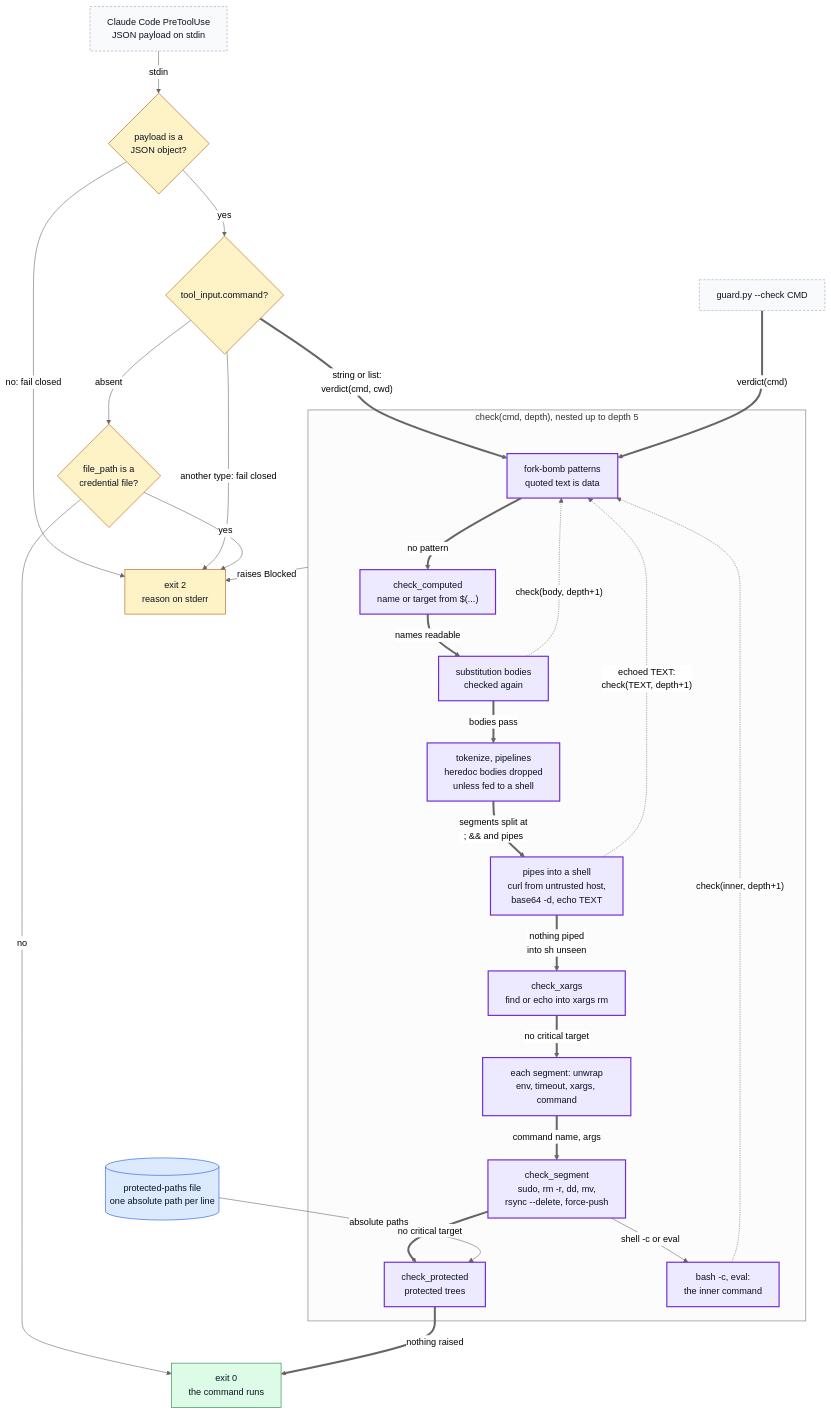
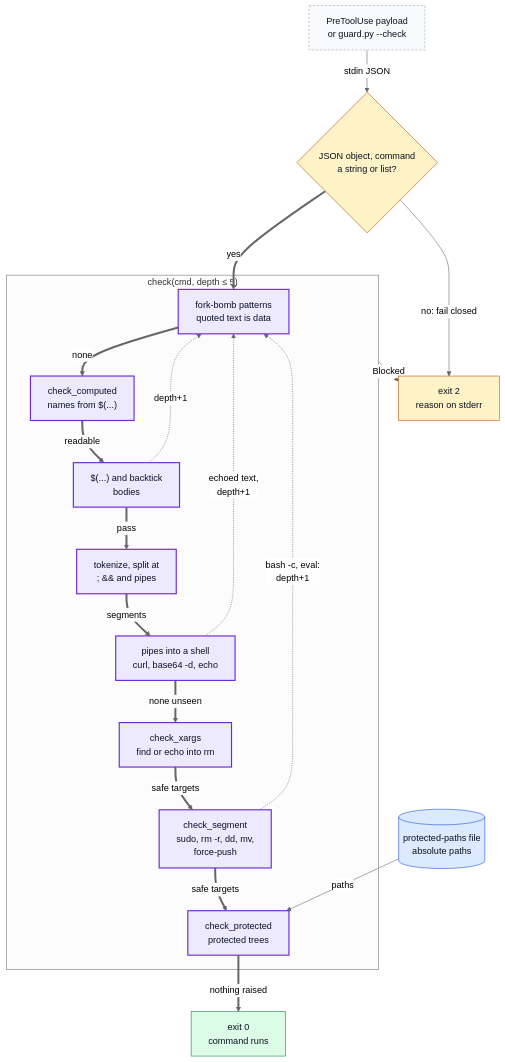
Before and after one commit to hihihhi/agent-harness: the second of 3 diagrams in README.md, drawn with Mermaid (neutral theme). The commit also changed other lines of this file and 1 other file, not shown here.

First line of the commit message:
docs: narrow the diagrams to GitHub's README column

````diff
--- a/README.md
+++ b/README.md
@@ -176,60 +163,46 @@
 ```mermaid
 flowchart TB
-    HOOK["Claude Code PreToolUse<br/>JSON payload on stdin"]
-    CLI["guard.py --check CMD"]
-    PARSE{"payload is a<br/>JSON object?"}
-    KIND{"tool_input.command?"}
-    FILE{"file_path is a<br/>credential file?"}
-    subgraph CHECK["check(cmd, depth), nested up to depth 5"]
+    HOOK["PreToolUse payload<br/>or guard.py --check"]
+    PARSE{"JSON object, command<br/>a string or list?"}
+    subgraph CHECK["check(cmd, depth ≤ 5)"]
         FORK["fork-bomb patterns<br/>quoted text is data"]
-        COMP["check_computed<br/>name or target from $(...)"]
-        SUB["substitution bodies<br/>checked again"]
-        TOK["tokenize, pipelines<br/>heredoc bodies dropped<br/>unless fed to a shell"]
-        PIPES["pipes into a shell<br/>curl from untrusted host,<br/>base64 -d, echo TEXT"]
-        XA["check_xargs<br/>find or echo into xargs rm"]
-        SEG["each segment: unwrap<br/>env, timeout, xargs, command"]
-        SC["check_segment<br/>sudo, rm -r, dd, mv,<br/>rsync --delete, force-push"]
+        COMP["check_computed<br/>names from $(...)"]
+        SUB["$(...) and backtick<br/>bodies"]
+        TOK["tokenize, split at<br/>; && and pipes"]
+        PIPES["pipes into a shell<br/>curl, base64 -d, echo"]
+        XA["check_xargs<br/>find or echo into rm"]
+        SC["check_segment<br/>sudo, rm -r, dd, mv,<br/>force-push"]
         PROT["check_protected<br/>protected trees"]
-        NEST["bash -c, eval:<br/>the inner command"]
     end
-    PF[("protected-paths file<br/>one absolute path per line")]
+    PF[("protected-paths file<br/>absolute paths")]
     BLOCK["exit 2<br/>reason on stderr"]
-    ALLOW["exit 0<br/>the command runs"]
+    ALLOW["exit 0<br/>command runs"]
 
-    HOOK -- "stdin" --> PARSE
+    HOOK -- "stdin JSON" --> PARSE
     PARSE -- "no: fail closed" --> BLOCK
-    PARSE -- "yes" --> KIND
-    KIND == "string or list:<br/>verdict(cmd, cwd)" ==> FORK
-    KIND -- "another type: fail closed" --> BLOCK
-    KIND -- "absent" --> FILE
-    FILE -- "yes" --> BLOCK
-    FILE -- "no" --> ALLOW
-    CLI == "verdict(cmd)" ==> FORK
-    FORK == "no pattern" ==> COMP
-    COMP == "names readable" ==> SUB
-    SUB -. "check(body, depth+1)" .-> FORK
-    SUB == "bodies pass" ==> TOK
-    TOK == "segments split at<br/>; && and pipes" ==> PIPES
-    PIPES -. "echoed TEXT:<br/>check(TEXT, depth+1)" .-> FORK
-    PIPES == "nothing piped<br/>into sh unseen" ==> XA
-    XA == "no critical target" ==> SEG
-    SEG == "command name, args" ==> SC
-    SC -- "shell -c or eval" --> NEST
-    NEST -. "check(inner, depth+1)" .-> FORK
-    SC == "no critical target" ==> PROT
-    PF -- "absolute paths" --> PROT
-    CHECK -- "raises Blocked" --> BLOCK
+    PARSE == "yes" ==> FORK
+    FORK == "none" ==> COMP
+    COMP == "readable" ==> SUB
+    SUB -. "depth+1" .-> FORK
+    SUB == "pass" ==> TOK
+    TOK == "segments" ==> PIPES
+    PIPES -. "echoed text,<br/>depth+1" .-> FORK
+    PIPES == "none unseen" ==> XA
+    XA == "safe targets" ==> SC
+    SC -. "bash -c, eval:<br/>depth+1" .-> FORK
+    SC == "safe targets" ==> PROT
+    PF -- "paths" --> PROT
+    CHECK -- "Blocked" --> BLOCK
     PROT == "nothing raised" ==> ALLOW
 
     classDef data fill:#dbeafe,stroke:#1d4ed8,color:#0b1220
-    classDef step fill:#f1f5f9,stroke:#475569,color:#0b1220
     classDef gate fill:#fef3c7,stroke:#b45309,color:#0b1220
     classDef out  fill:#dcfce7,stroke:#15803d,color:#0b1220
     classDef ext  fill:#f8fafc,stroke:#94a3b8,color:#0b1220,stroke-dasharray:4 3
     classDef key  fill:#ede9fe,stroke:#6d28d9,color:#0b1220,stroke-width:2px
-    class HOOK,CLI ext
-    class PARSE,KIND,FILE,BLOCK gate
-    class FORK,COMP,SUB,TOK,PIPES,XA,SEG,SC,PROT,NEST key
+    class HOOK ext
+    class PARSE,BLOCK gate
+    class FORK,COMP,SUB,TOK,PIPES,XA,SC,PROT key
     class PF data
     class ALLOW out
 ```
````
